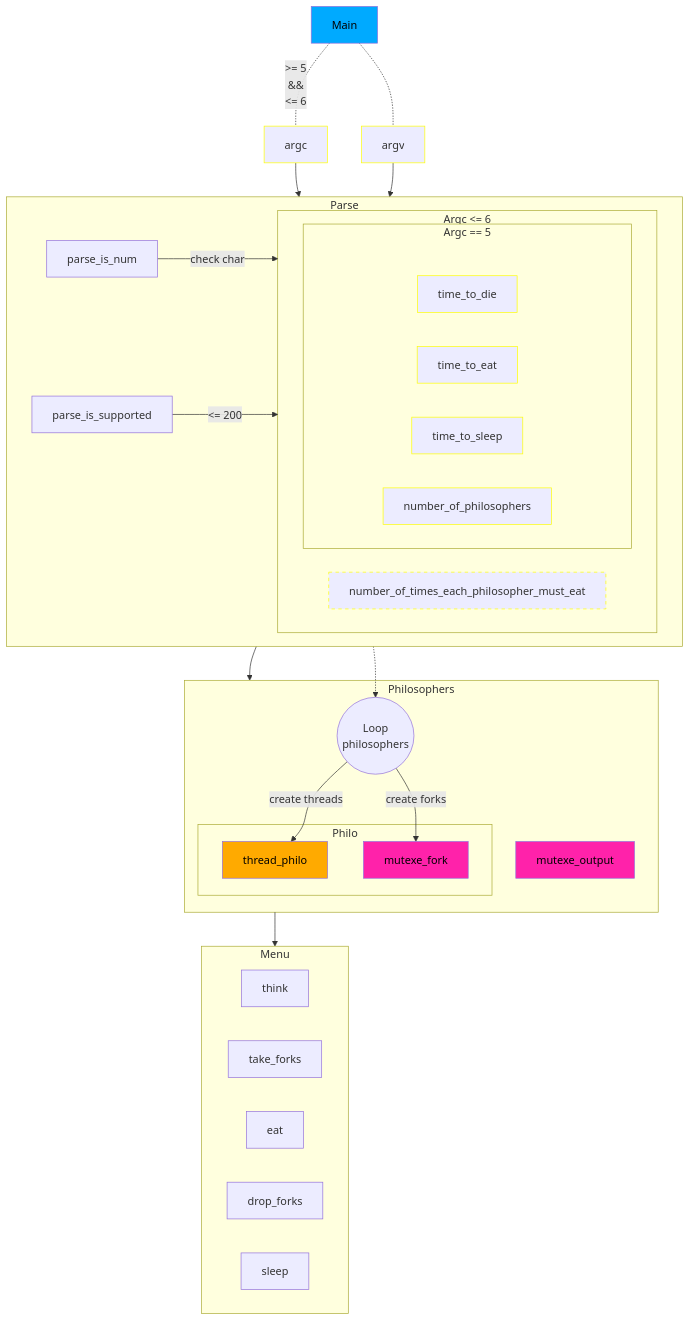
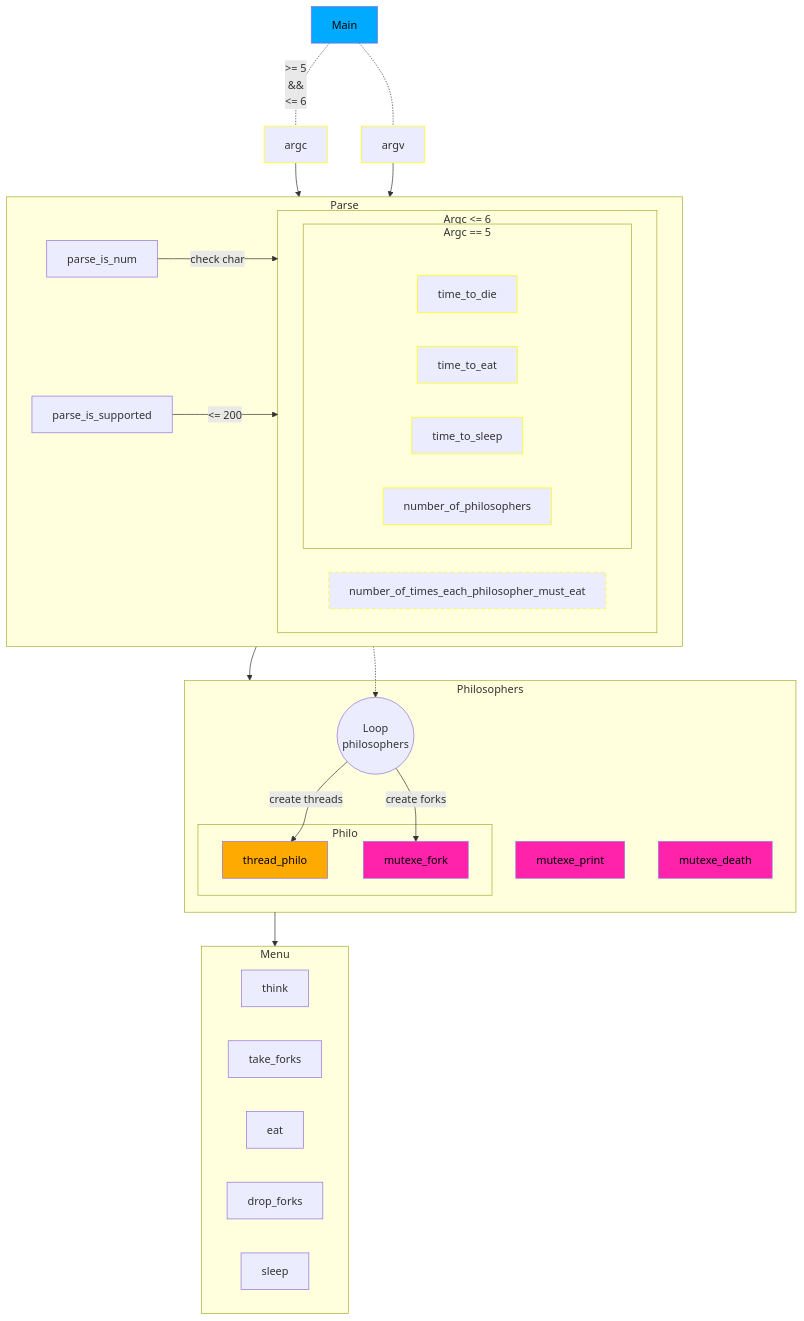
Before and after one commit to Tablerase/42_Projects: the first of 3 diagrams in Projects/Philosophers/README.md, drawn with Mermaid.

Commit message:
update to README.md

````diff
--- a/Projects/Philosophers/README.md
+++ b/Projects/Philosophers/README.md
@@ -94,50 +94,51 @@
 ```mermaid
 flowchart TD
   classDef data stroke:#ff0;
   classDef data_option stroke:#ff0,stroke-dasharray: 5, 5;
   classDef ressource fill:#2fa, color:#000;
   classDef process fill:#fa1, color:#000;
   classDef thread fill:#fa0, color:#000;
   classDef mutex fill:#f2a, color:#000;
   classDef protected fill:#2fa, stroke:#f2a, stroke-width:3px, color:#000;
   classDef important fill:#0af,color:#000;
 
   Main:::important
   Main -.- |">= 5\n&&\n<= 6"| argc:::data
   Main -.- argv:::data
   argv --> Parse
   argc --> Parse
   subgraph Parse
     direction LR
     parse_is_num --> |"check char"| args_5
     parse_is_supported -->|"<= 200 "| args_5
     subgraph args_5["Argc <= 6"]
       subgraph args_4["Argc == 5"]
         time_to_die:::data
         time_to_eat:::data
         time_to_sleep:::data
         number_of_philosophers:::data
       end
       number_of_times_each_philosopher_must_eat:::data_option
     end
   end
   Parse --> Philosophers
   subgraph Philosophers
     subgraph Philo
       thread_philo:::thread
       mutexe_fork:::mutex
     end
     number_of_philosophers -.-> loop_philo
-    mutexe_output:::mutex
     loop_philo(("Loop\nphilosophers")) --> |"create threads"| thread_philo:::thread
     loop_philo --> |"create forks"| mutexe_fork:::mutex
+    mutexe_print:::mutex
+    mutexe_death:::mutex
   end
   Philosophers --> Menu
   subgraph Menu
     think
     take_forks
     eat
     drop_forks
     sleep
   end
 ```
````
